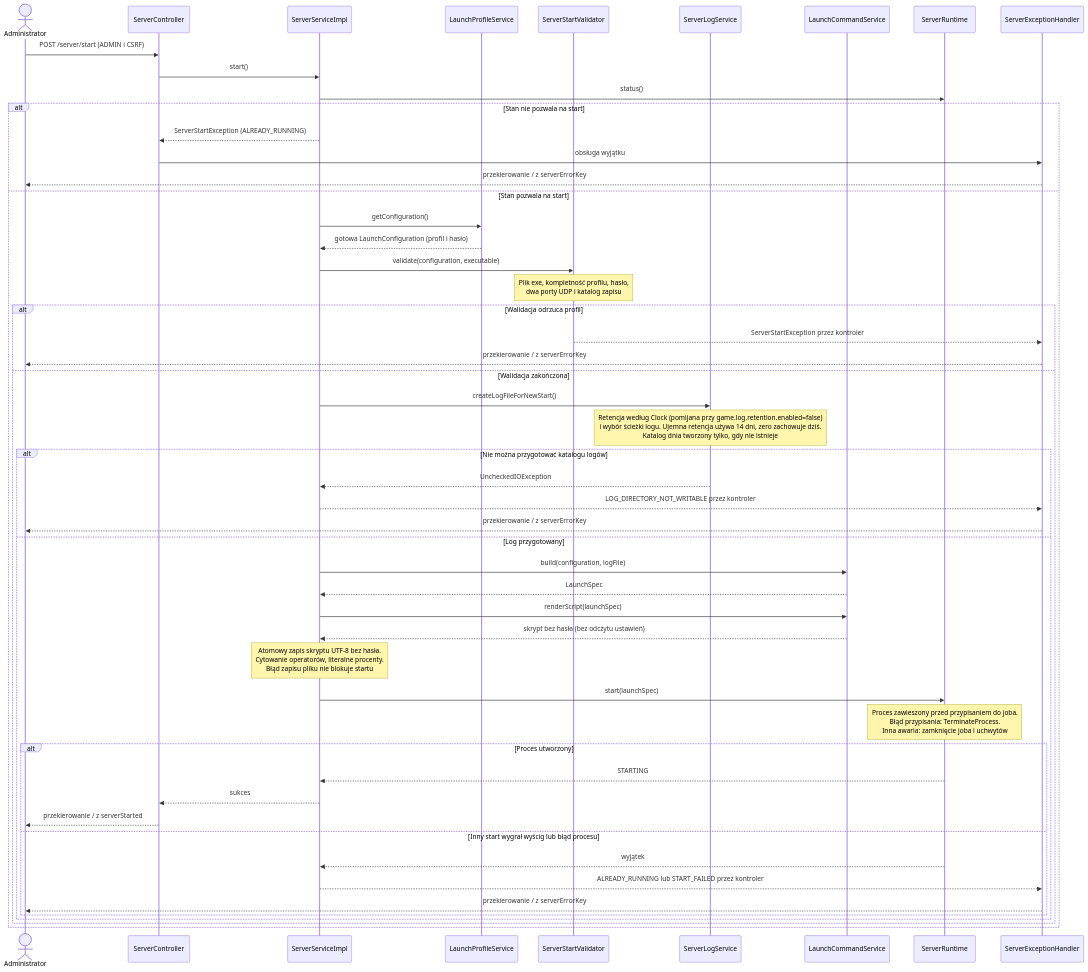
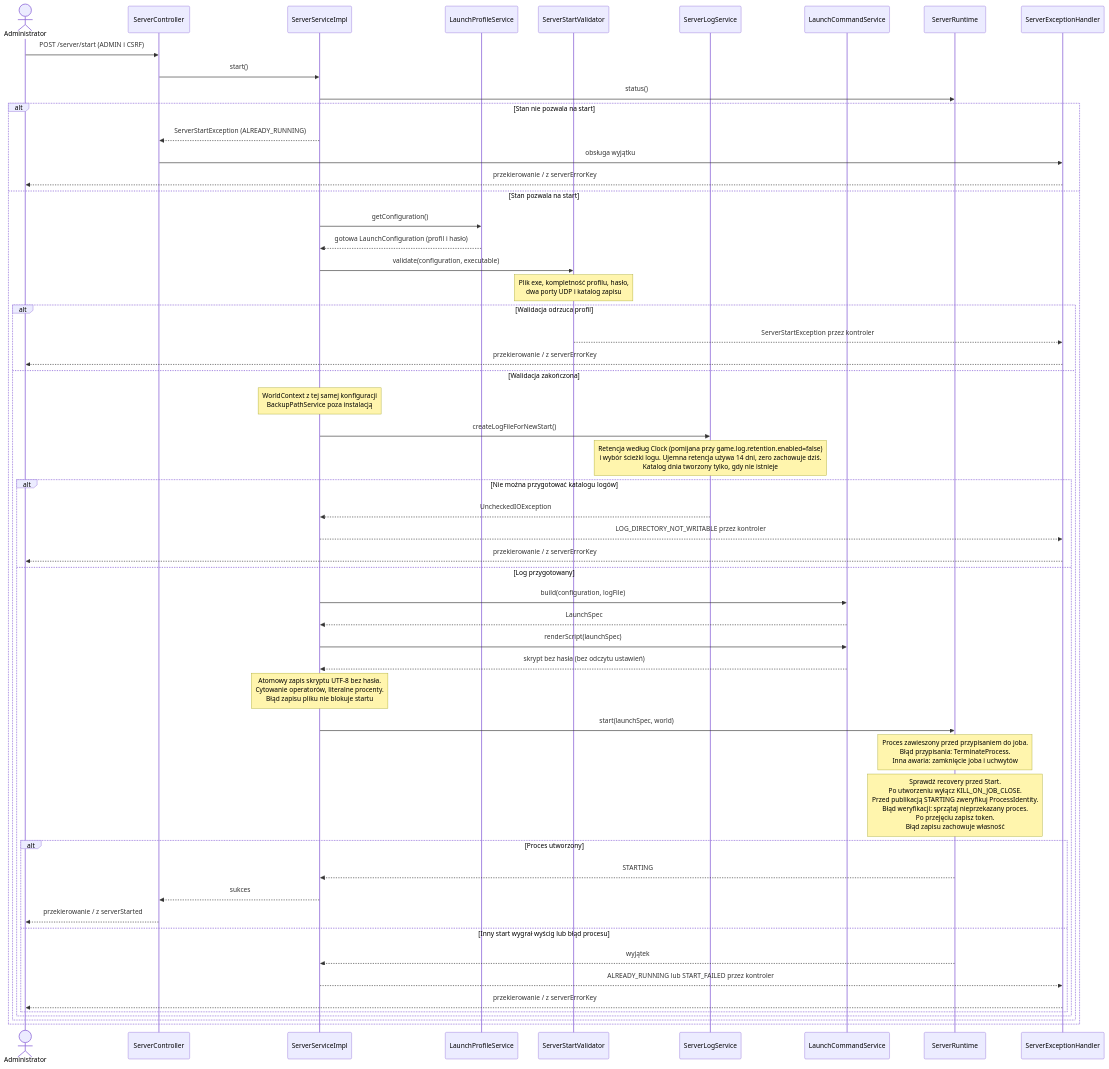
Before and after one commit to Pplociennik/vDeck: the diagram in dokumentacja/diagramy/server/przeplyw-uruchomienie-serwera.mmd, drawn with Mermaid. The commit also changed 103 other files, not shown here.

```diff
--- a/dokumentacja/diagramy/server/przeplyw-uruchomienie-serwera.mmd
+++ b/dokumentacja/diagramy/server/przeplyw-uruchomienie-serwera.mmd
@@ -1,53 +1,55 @@
 %% Diagram sekwencji: uruchomienie serwera Valheim
 sequenceDiagram
     actor Admin as Administrator
     participant Web as ServerController
     participant Service as ServerServiceImpl
     participant Profile as LaunchProfileService
     participant Validator as ServerStartValidator
     participant Logs as ServerLogService
     participant Command as LaunchCommandService
     participant Runtime as ServerRuntime
     participant Advice as ServerExceptionHandler
     Admin->>Web: POST /server/start (ADMIN i CSRF)
     Web->>Service: start()
     Service->>Runtime: status()
     alt Stan nie pozwala na start
         Service-->>Web: ServerStartException (ALREADY_RUNNING)
         Web->>Advice: obsługa wyjątku
         Advice-->>Admin: przekierowanie / z serverErrorKey
     else Stan pozwala na start
         Service->>Profile: getConfiguration()
         Profile-->>Service: gotowa LaunchConfiguration (profil i hasło)
         Service->>Validator: validate(configuration, executable)
         Note over Validator: Plik exe, kompletność profilu, hasło,<br/>dwa porty UDP i katalog zapisu
         alt Walidacja odrzuca profil
             Validator-->>Advice: ServerStartException przez kontroler
             Advice-->>Admin: przekierowanie / z serverErrorKey
         else Walidacja zakończona
+            Note over Service: WorldContext z tej samej konfiguracji<br/>BackupPathService poza instalacją
             Service->>Logs: createLogFileForNewStart()
             Note over Logs: Retencja według Clock (pomijana przy game.log.retention.enabled=false)<br/>i wybór ścieżki logu. Ujemna retencja używa 14 dni, zero zachowuje dziś.<br/>Katalog dnia tworzony tylko, gdy nie istnieje
             alt Nie można przygotować katalogu logów
                 Logs-->>Service: UncheckedIOException
                 Service-->>Advice: LOG_DIRECTORY_NOT_WRITABLE przez kontroler
                 Advice-->>Admin: przekierowanie / z serverErrorKey
             else Log przygotowany
                 Service->>Command: build(configuration, logFile)
                 Command-->>Service: LaunchSpec
                 Service->>Command: renderScript(launchSpec)
                 Command-->>Service: skrypt bez hasła (bez odczytu ustawień)
                 Note over Service: Atomowy zapis skryptu UTF-8 bez hasła.<br/>Cytowanie operatorów, literalne procenty.<br/>Błąd zapisu pliku nie blokuje startu
-                Service->>Runtime: start(launchSpec)
+                Service->>Runtime: start(launchSpec, world)
                 Note over Runtime: Proces zawieszony przed przypisaniem do joba.<br/>Błąd przypisania: TerminateProcess.<br/>Inna awaria: zamknięcie joba i uchwytów
+                Note over Runtime: Sprawdź recovery przed Start.<br/>Po utworzeniu wyłącz KILL_ON_JOB_CLOSE.<br/>Przed publikacją STARTING zweryfikuj ProcessIdentity.<br/>Błąd weryfikacji: sprzątaj nieprzekazany proces.<br/>Po przejęciu zapisz token.<br/>Błąd zapisu zachowuje własność
                 alt Proces utworzony
                     Runtime-->>Service: STARTING
                     Service-->>Web: sukces
                     Web-->>Admin: przekierowanie / z serverStarted
                 else Inny start wygrał wyścig lub błąd procesu
                     Runtime-->>Service: wyjątek
                     Service-->>Advice: ALREADY_RUNNING lub START_FAILED przez kontroler
                     Advice-->>Admin: przekierowanie / z serverErrorKey
                 end
             end
         end
     end
```
